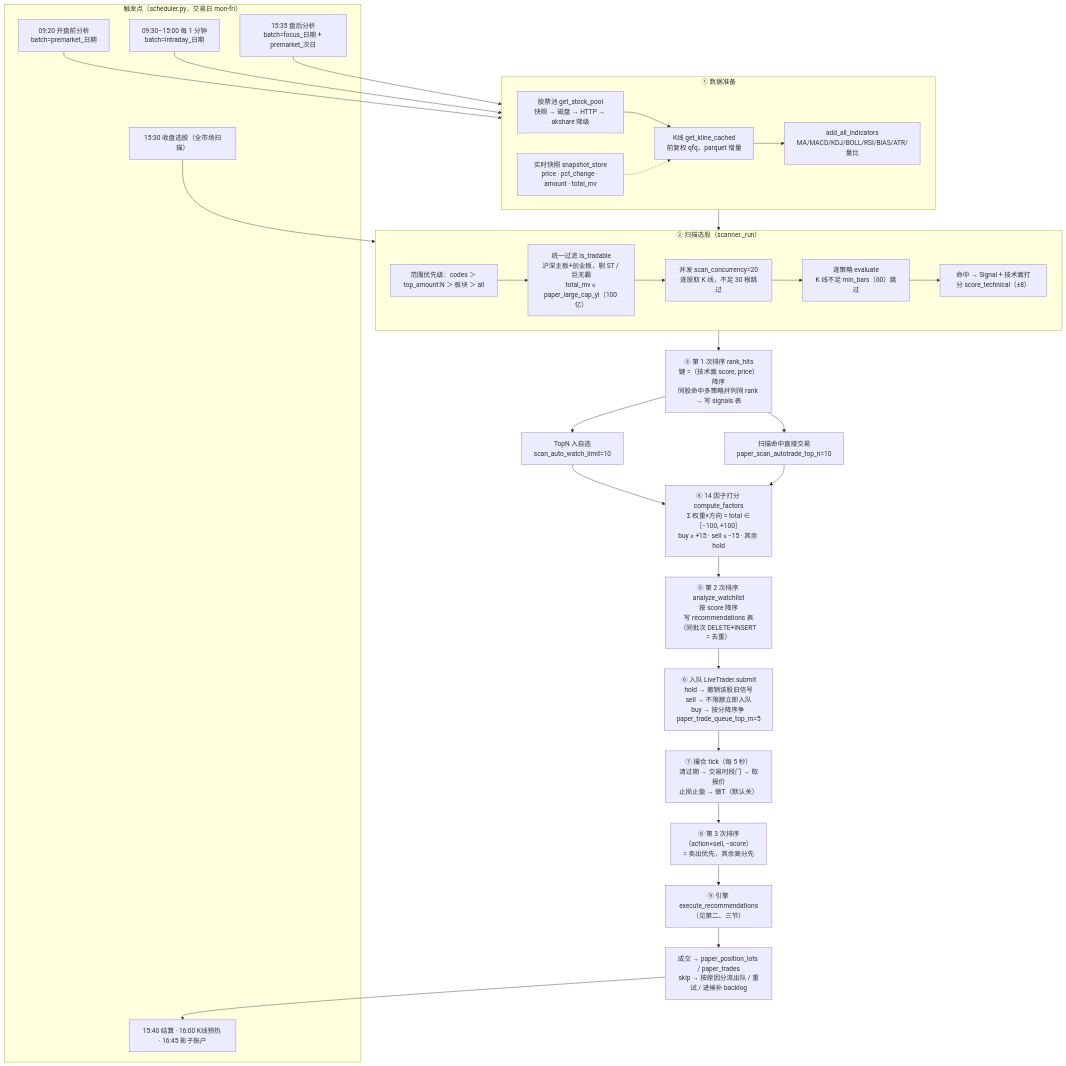
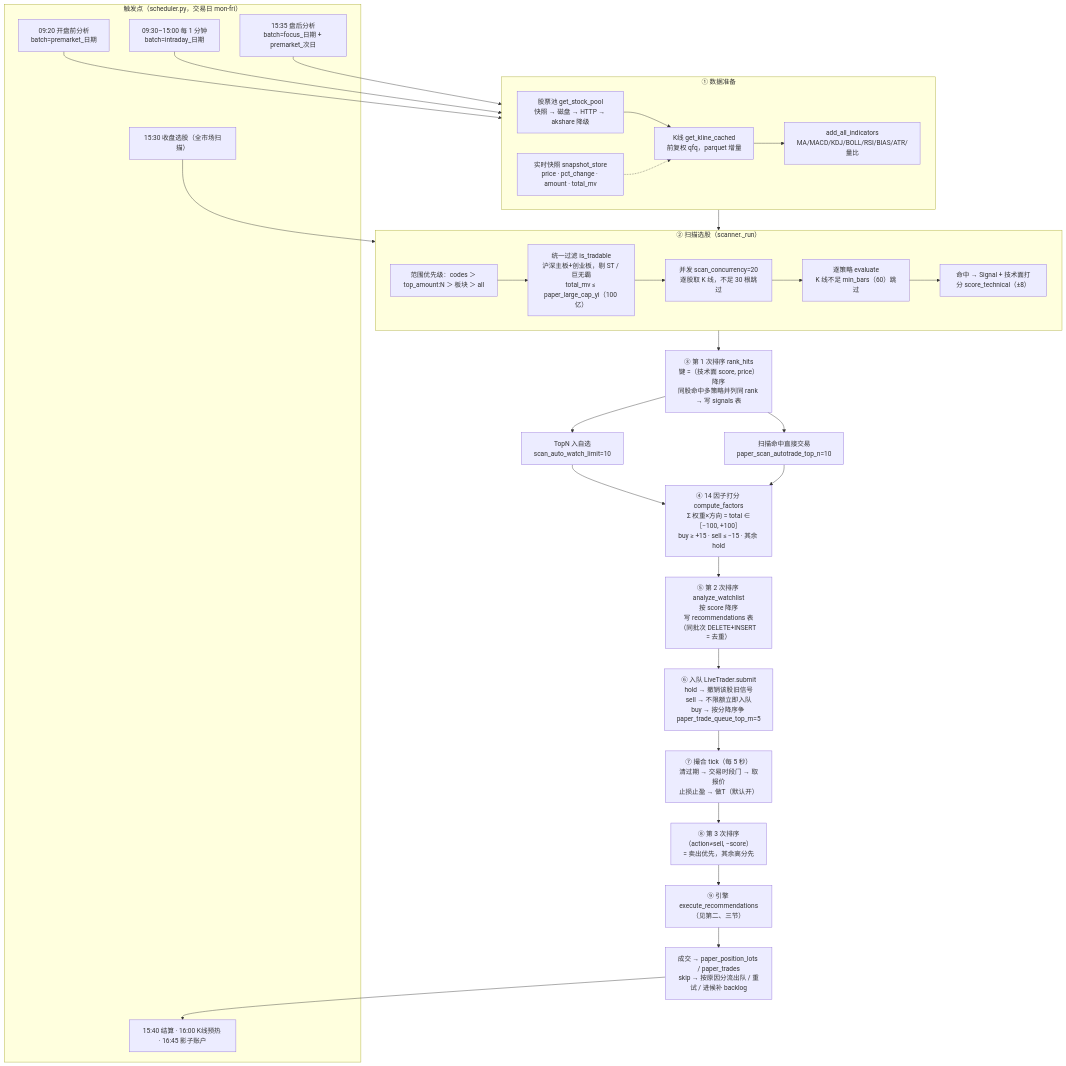
One commit to LumberWG/SAS changed the first of 3 diagrams in docs/flow.md. Above: the diagram before and after it, drawn with Mermaid. The commit also changed other lines of this file and 16 other files, not shown here.

````diff
--- a/docs/flow.md
+++ b/docs/flow.md
@@ -75,61 +75,61 @@
 ```mermaid
 flowchart TD
     subgraph T["触发点（scheduler.py，交易日 mon-fri）"]
         T1["09:20 开盘前分析<br/>batch=premarket_日期"]
         T2["09:30–15:00 每 1 分钟<br/>batch=intraday_日期"]
         T3["15:30 收盘选股（全市场扫描）"]
         T4["15:35 盘后分析<br/>batch=focus_日期 + premarket_次日"]
         T5["15:40 结算 · 16:00 K线预热 · 16:45 影子账户"]
     end
 
     T1 --> D
     T2 --> D
     T4 --> D
     T3 --> S
 
     subgraph D["① 数据准备"]
         D1["股票池 get_stock_pool<br/>快照 → 磁盘 → HTTP → akshare 降级"]
         D2["K线 get_kline_cached<br/>前复权 qfq，parquet 增量"]
         D3["add_all_indicators<br/>MA/MACD/KDJ/BOLL/RSI/BIAS/ATR/量比"]
         D4["实时快照 snapshot_store<br/>price · pct_change · amount · total_mv"]
         D1 --> D2 --> D3
         D4 -.-> D2
     end
 
     D --> S
 
     subgraph S["② 扫描选股（scanner._run）"]
         S1["范围优先级：codes ＞ top_amount:N ＞ 板块 ＞ all"]
         S2["统一过滤 is_tradable<br/>沪深主板+创业板，剔 ST / 巨无霸<br/>total_mv ≤ paper_large_cap_yi（100 亿）"]
         S3["并发 scan_concurrency=20<br/>逐股取 K 线，不足 30 根跳过"]
         S4["逐策略 evaluate<br/>K 线不足 min_bars（60）跳过"]
         S5["命中 → Signal + 技术面打分 score_technical（±8）"]
         S1 --> S2 --> S3 --> S4 --> S5
     end
 
     S --> R1
 
     R1["③ 第 1 次排序 rank_hits<br/>键 =（技术面 score, price）降序<br/>同股命中多策略并列同 rank → 写 signals 表"]
 
     R1 --> W1["TopN 入自选<br/>scan_auto_watch_limit=10"]
     R1 --> W2["扫描命中直接交易<br/>paper_scan_autotrade_top_n=10"]
 
     W1 --> F
     W2 --> F
 
     F["④ 14 因子打分 compute_factors<br/>Σ 权重×方向 = total ∈［−100, +100］<br/>buy ≥ +15 · sell ≤ −15 · 其余 hold"]
 
     F --> R2["⑤ 第 2 次排序 analyze_watchlist<br/>按 score 降序<br/>写 recommendations 表（同批次 DELETE+INSERT = 去重）"]
 
     R2 --> Q["⑥ 入队 LiveTrader.submit<br/>hold → 撤销该股旧信号<br/>sell → 不限额立即入队<br/>buy → 按分降序争 paper_trade_queue_top_m=5"]
 
-    Q --> K["⑦ 撮合 tick（每 5 秒）<br/>清过期 → 交易时段门 → 取报价<br/>止损止盈 → 做T（默认关）"]
+    Q --> K["⑦ 撮合 tick（每 5 秒）<br/>清过期 → 交易时段门 → 取报价<br/>止损止盈 → 做T（默认开）"]
 
     K --> R3["⑧ 第 3 次排序<br/>（action≠sell, −score）<br/>= 卖出优先，其余高分先"]
 
     R3 --> E["⑨ 引擎 execute_recommendations<br/>（见第二、三节）"]
 
     E --> O["成交 → paper_position_lots / paper_trades<br/>skip → 按原因分流出队 / 重试 / 进候补 backlog"]
 
     O --> T5
 ```
````
